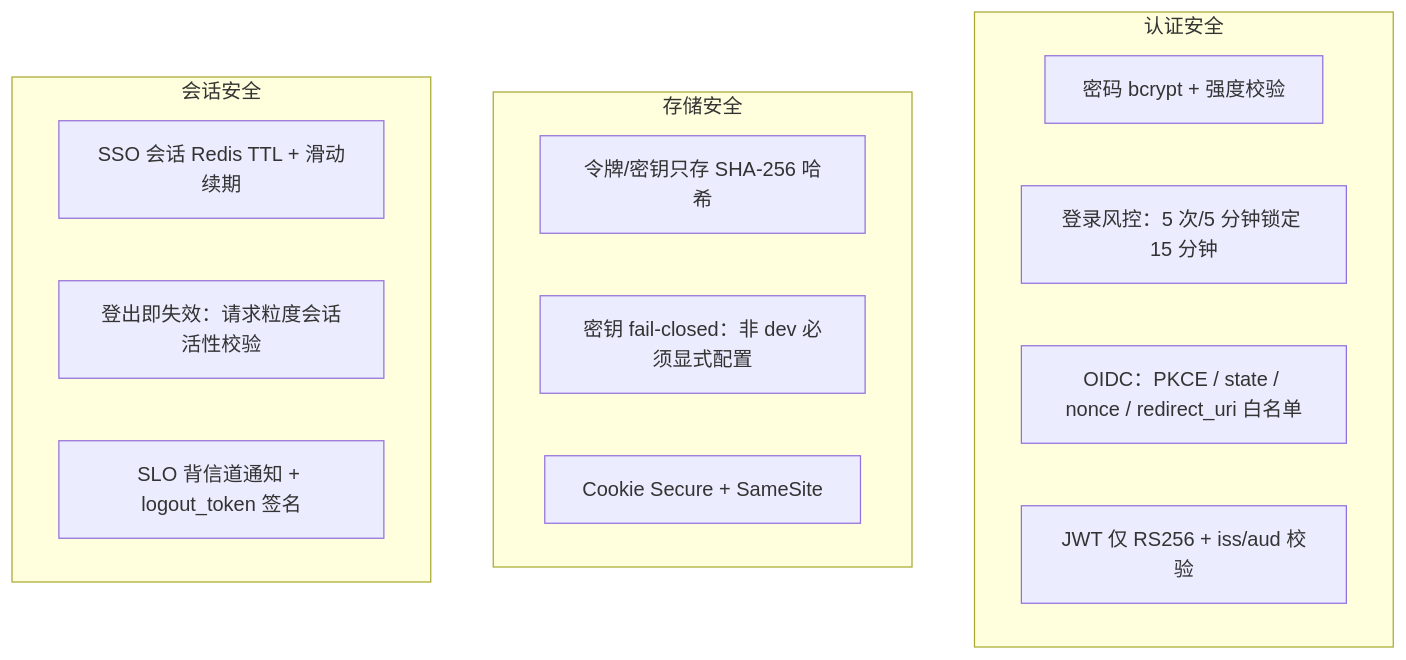
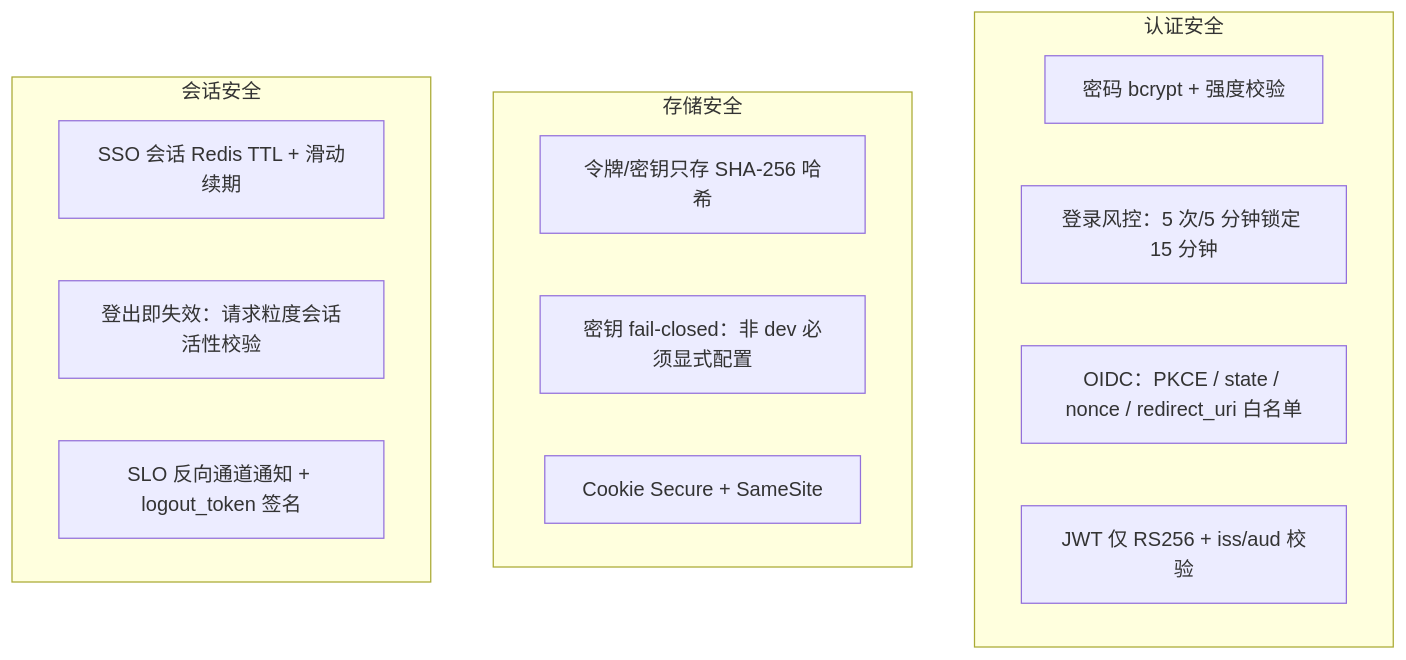
Before and after one commit to morehao/ark-iam: diagram 12 of 13 in docs/design/system-design.md, drawn with Mermaid. The commit also changed other lines of this file and 4 other files, not shown here.

````diff
--- a/docs/design/system-design.md
+++ b/docs/design/system-design.md
@@ -799,19 +799,19 @@
 ```mermaid
 flowchart TB
     subgraph 认证安全
         S1["密码 bcrypt + 强度校验"]
         S2["登录风控：5 次/5 分钟锁定 15 分钟"]
         S3["OIDC：PKCE / state / nonce / redirect_uri 白名单"]
         S4["JWT 仅 RS256 + iss/aud 校验"]
     end
     subgraph 存储安全
         S5["令牌/密钥只存 SHA-256 哈希"]
         S6["密钥 fail-closed：非 dev 必须显式配置"]
         S7["Cookie Secure + SameSite"]
     end
     subgraph 会话安全
         S8["SSO 会话 Redis TTL + 滑动续期"]
         S9["登出即失效：请求粒度会话活性校验"]
-        S10["SLO 背信道通知 + logout_token 签名"]
+        S10["SLO 反向通道通知 + logout_token 签名"]
     end
 ```
````
